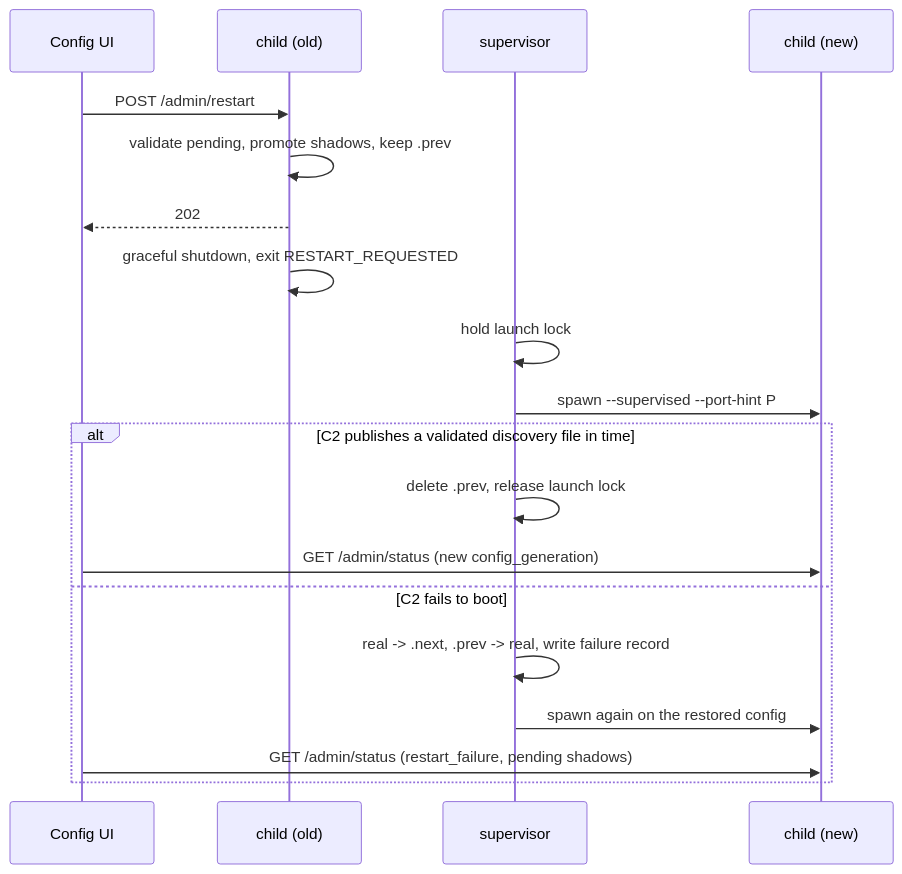
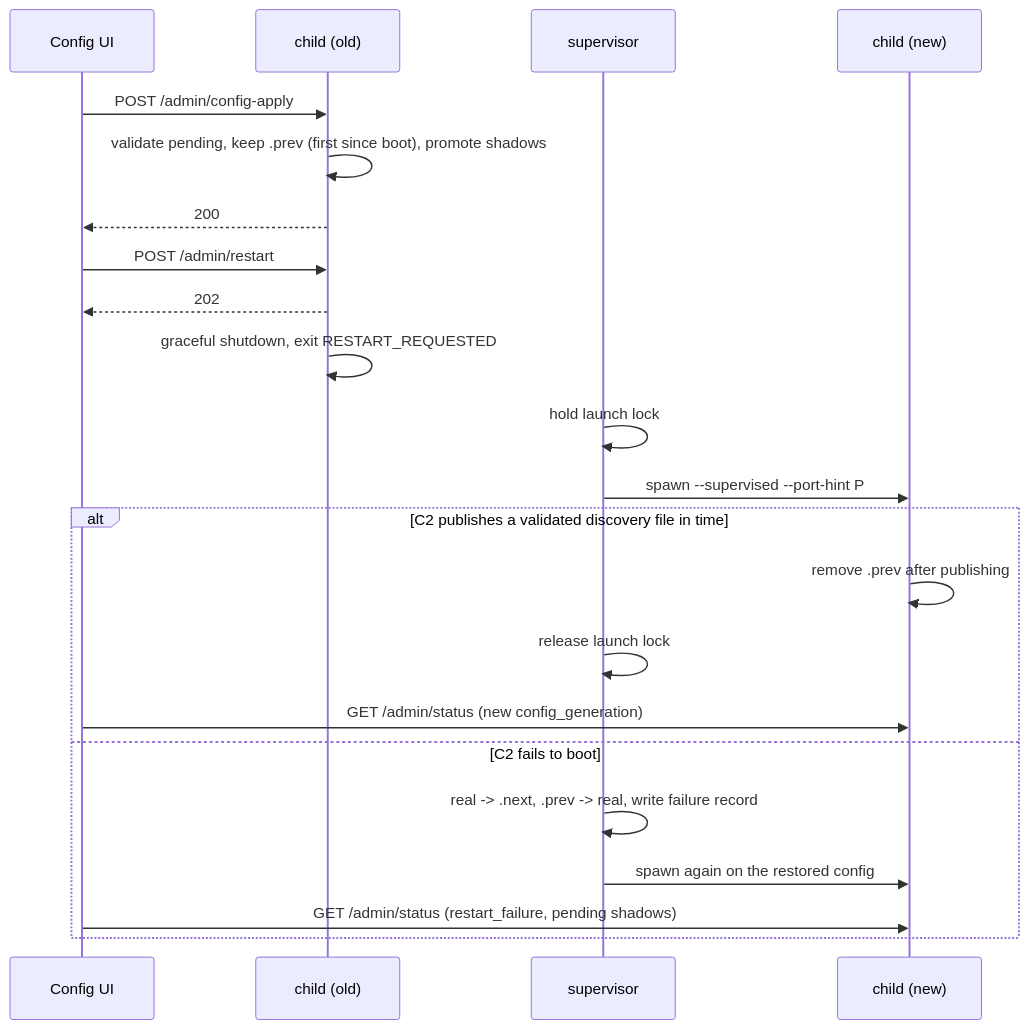
Before and after one commit to cppalliance/promptforge: the second of 2 diagrams in vibe/2026-10/2026-10-06-1-restart-to-apply.md, drawn with Mermaid. The commit also changed other lines of this file and 35 other files, not shown here.

````diff
--- a/vibe/2026-10/2026-10-06-1-restart-to-apply.md
+++ b/vibe/2026-10/2026-10-06-1-restart-to-apply.md
@@ -74,21 +74,24 @@
 ```mermaid
 sequenceDiagram
     participant UI as Config UI
     participant C1 as child (old)
     participant S as supervisor
     participant C2 as child (new)
+    UI->>C1: POST /admin/config-apply
+    C1->>C1: validate pending, keep .prev (first since boot), promote shadows
+    C1-->>UI: 200
     UI->>C1: POST /admin/restart
-    C1->>C1: validate pending, promote shadows, keep .prev
     C1-->>UI: 202
     C1->>C1: graceful shutdown, exit RESTART_REQUESTED
     S->>S: hold launch lock
     S->>C2: spawn --supervised --port-hint P
     alt C2 publishes a validated discovery file in time
-        S->>S: delete .prev, release launch lock
+        C2->>C2: remove .prev after publishing
+        S->>S: release launch lock
         UI->>C2: GET /admin/status (new config_generation)
     else C2 fails to boot
         S->>S: real -> .next, .prev -> real, write failure record
         S->>C2: spawn again on the restored config
         UI->>C2: GET /admin/status (restart_failure, pending shadows)
     end
 ```
````
